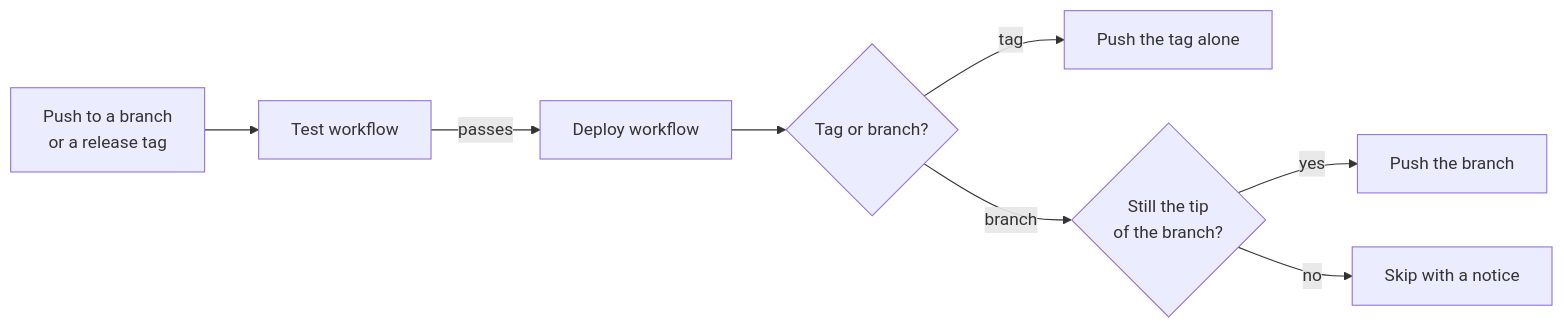
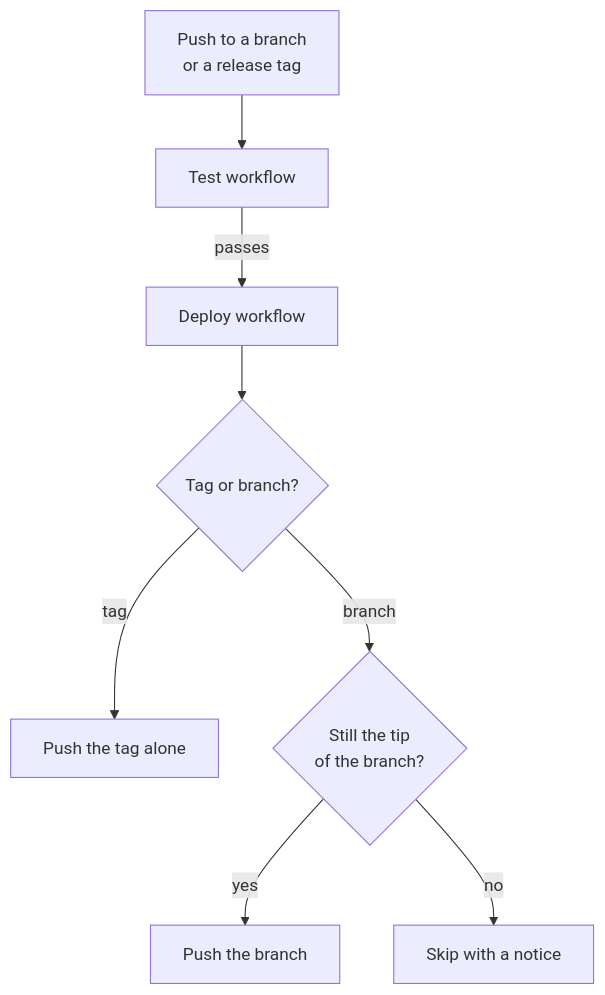
One commit to drevops/eddy changed the diagram in .eddy/docs/content/deployment/README.mdx. Above: the diagram before and after it, drawn with Mermaid. The commit also changed 1 other file, not shown here.

Commit message:
Drew the docs diagrams with Mermaid's neutral and dark themes, and the deployment flow top to bottom.

````diff
--- a/.eddy/docs/content/deployment/README.mdx
+++ b/.eddy/docs/content/deployment/README.mdx
@@ -17,10 +17,10 @@
 ```mermaid
-flowchart LR
+flowchart TB
   push["Push to a branch<br/>or a release tag"] --> test["Test workflow"]
   test -->|passes| deploy["Deploy workflow"]
   deploy --> kind{"Tag or branch?"}
   kind -->|tag| tag["Push the tag alone"]
   kind -->|branch| tip{"Still the tip<br/>of the branch?"}
   tip -->|yes| branch["Push the branch"]
   tip -->|no| skip["Skip with a notice"]
 ```
````
